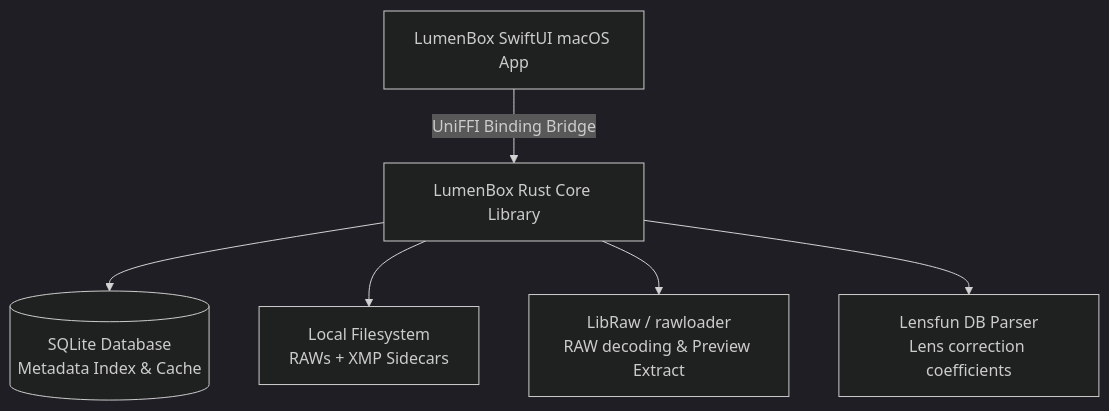
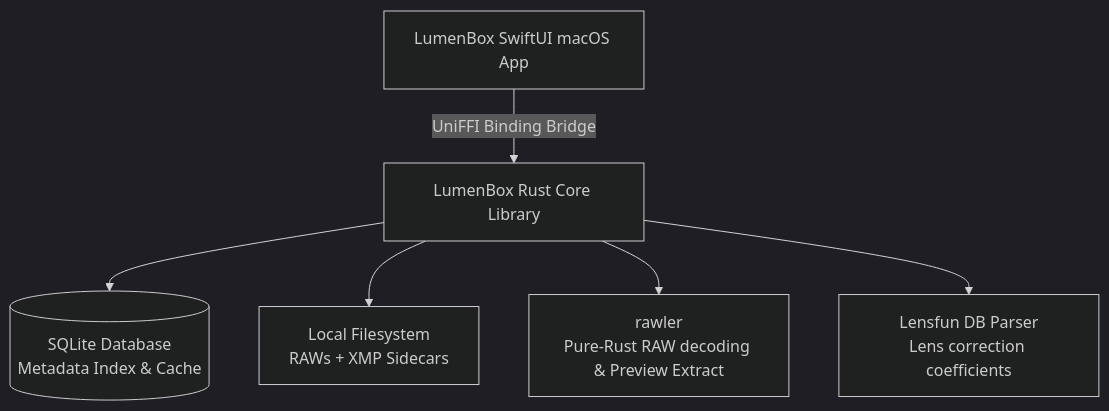
The diagram in docs/roadmap/implementation_plan.md (blikkie/firstproof), drawn with Mermaid (dark theme) before and after one commit. The commit also changed other lines of this file and 4 other files, not shown here.

Commit message:
docs: correct legacy LibRaw references to pure-Rust rawler across architecture docs

````diff
--- a/docs/roadmap/implementation_plan.md
+++ b/docs/roadmap/implementation_plan.md
@@ -9,8 +9,8 @@
 ```mermaid
 graph TD
     UI[LumenBox SwiftUI macOS App] -->|UniFFI Binding Bridge| Core[LumenBox Rust Core Library]
     Core --> DB[(SQLite Database<br>Metadata Index & Cache)]
     Core --> FileSys[Local Filesystem<br>RAWs + XMP Sidecars]
-    Core --> LibRaw[LibRaw / rawloader<br>RAW decoding & Preview Extract]
+    Core --> Rawler[rawler<br>Pure-Rust RAW decoding & Preview Extract]
     Core --> Lensfun[Lensfun DB Parser<br>Lens correction coefficients]
 ```
````
